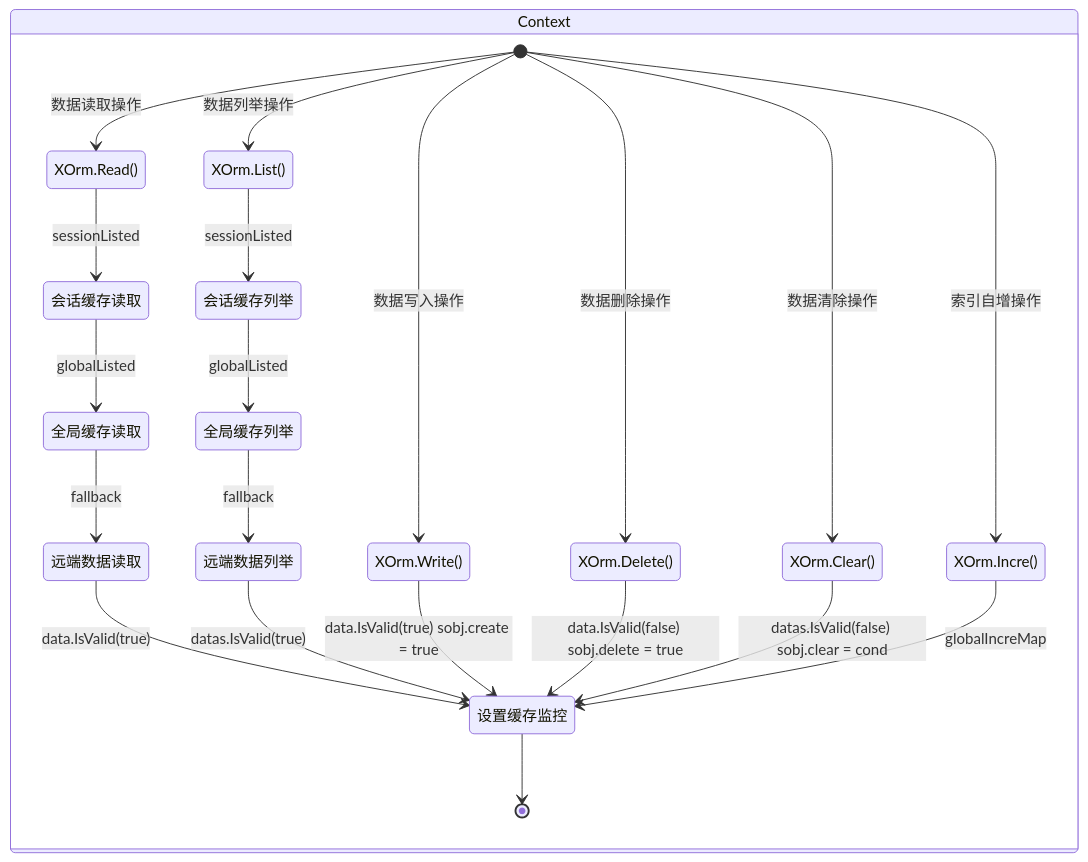
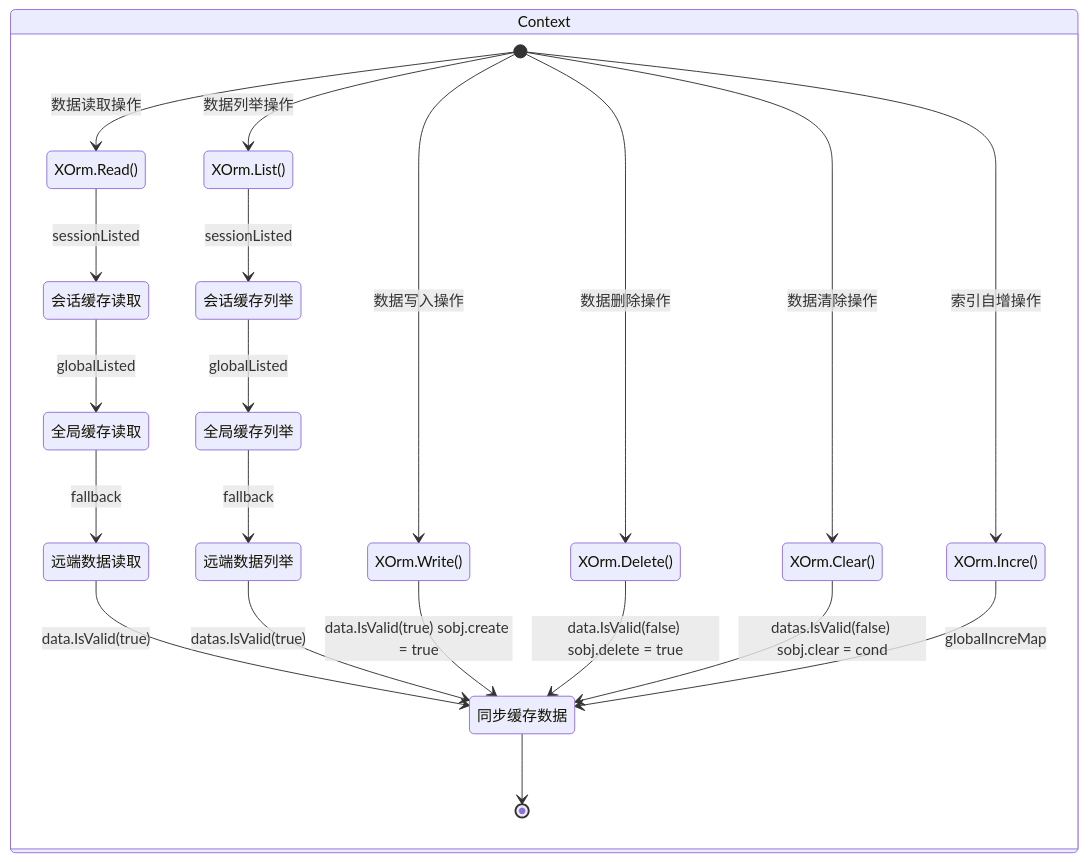
One commit to eframework-org/GO.CRUD changed the second of 2 diagrams in XOrm/README.md. Above: the diagram before and after it, drawn with Mermaid. The commit also changed other lines of this file and 1 other file, not shown here.

Commit message:
docs: 更新 XOrm 模块文档

````diff
--- a/XOrm/README.md
+++ b/XOrm/README.md
@@ -397,31 +397,31 @@
 ```mermaid
 stateDiagram-v2
     direction TB
     state Context {
-        设置缓存监控 --> [*]
+        同步缓存数据 --> [*]
 
         [*] --> XOrm.Read(): 数据读取操作
         XOrm.Read() --> 会话缓存读取: sessionListed
         会话缓存读取 --> 全局缓存读取: globalListed
         全局缓存读取 --> 远端数据读取: fallback
-        远端数据读取 --> 设置缓存监控: data.IsValid(true)
+        远端数据读取 --> 同步缓存数据: data.IsValid(true)
 
         [*] --> XOrm.List(): 数据列举操作
         XOrm.List() --> 会话缓存列举: sessionListed
         会话缓存列举 --> 全局缓存列举: globalListed
         全局缓存列举 --> 远端数据列举: fallback
-        远端数据列举 --> 设置缓存监控: datas.IsValid(true)
+        远端数据列举 --> 同步缓存数据: datas.IsValid(true)
 
         [*] --> XOrm.Write(): 数据写入操作
-        XOrm.Write() --> 设置缓存监控: data.IsValid(true) sobj.create = true
+        XOrm.Write() --> 同步缓存数据: data.IsValid(true) sobj.create = true
 
         [*] --> XOrm.Delete(): 数据删除操作
-        XOrm.Delete() --> 设置缓存监控: data.IsValid(false) sobj.delete = true
+        XOrm.Delete() --> 同步缓存数据: data.IsValid(false) sobj.delete = true
 
         [*] --> XOrm.Clear(): 数据清除操作
-        XOrm.Clear() --> 设置缓存监控: datas.IsValid(false) sobj.clear = cond
+        XOrm.Clear() --> 同步缓存数据: datas.IsValid(false) sobj.clear = cond
 
         [*] --> XOrm.Incre(): 索引自增操作
-        XOrm.Incre() --> 设置缓存监控: globalIncreMap
+        XOrm.Incre() --> 同步缓存数据: globalIncreMap
     }
 ```
````
